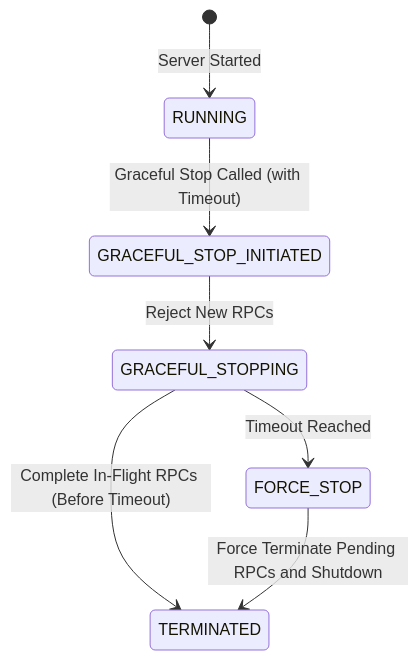
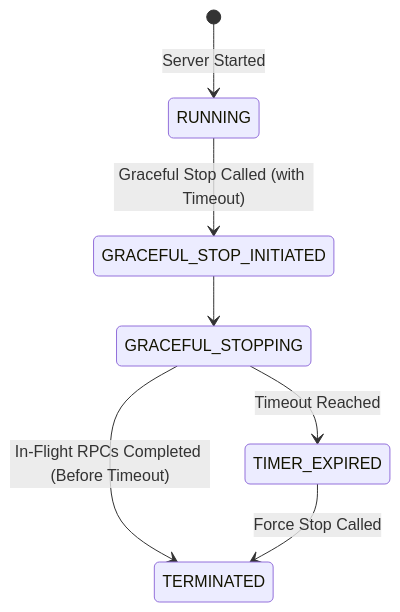
The second of 2 diagrams in content/en/docs/guides/server-graceful-stop.md (grpc/grpc.io), drawn with Mermaid before and after one commit. The commit also changed other lines of this file, not shown here.

````diff
--- a/content/en/docs/guides/server-graceful-stop.md
+++ b/content/en/docs/guides/server-graceful-stop.md
@@ -62,9 +67,9 @@
 ```mermaid
 stateDiagram-v2
     [*] --> RUNNING : Server Started
     RUNNING --> GRACEFUL_STOP_INITIATED : Graceful Stop Called (with Timeout)
-    GRACEFUL_STOP_INITIATED --> GRACEFUL_STOPPING : Reject New RPCs
-    GRACEFUL_STOPPING --> TERMINATED : Complete In-Flight RPCs (Before Timeout)
-    GRACEFUL_STOPPING --> FORCE_STOP : Timeout Reached
-    FORCE_STOP --> TERMINATED : Force Terminate Pending RPCs and Shutdown
+    GRACEFUL_STOP_INITIATED --> GRACEFUL_STOPPING
+    GRACEFUL_STOPPING --> TERMINATED : In-Flight RPCs Completed (Before Timeout)
+    GRACEFUL_STOPPING --> TIMER_EXPIRED : Timeout Reached
+    TIMER_EXPIRED --> TERMINATED : Force Stop Called
 ```
````
